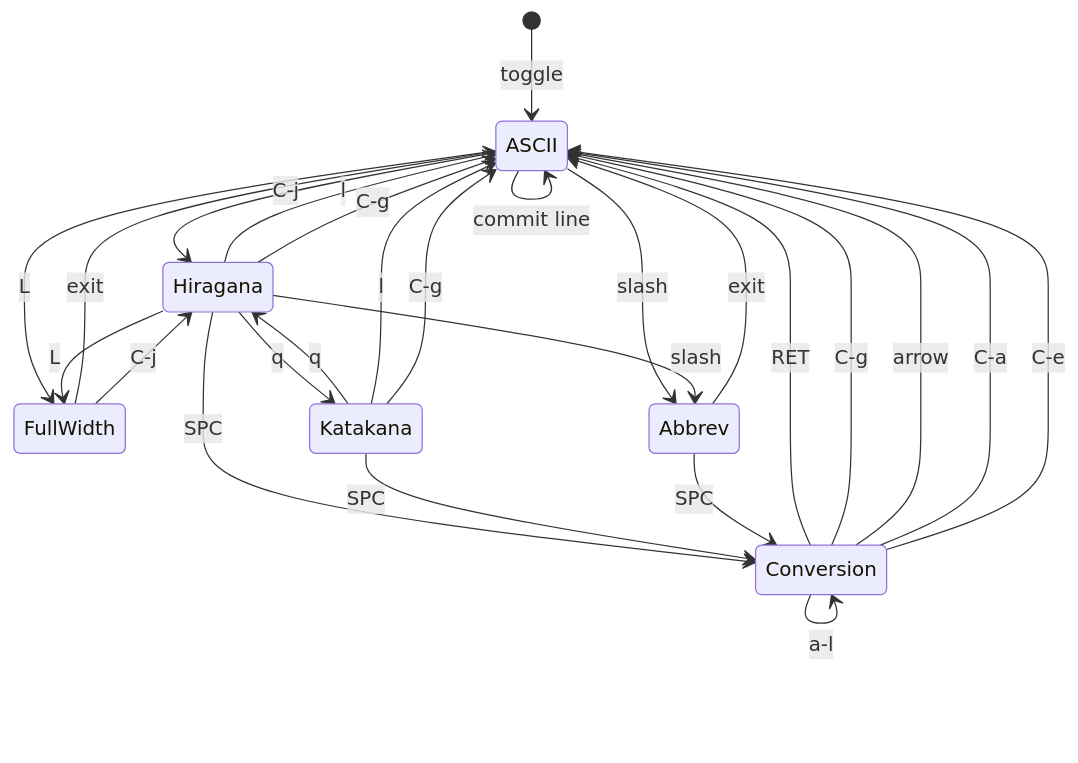
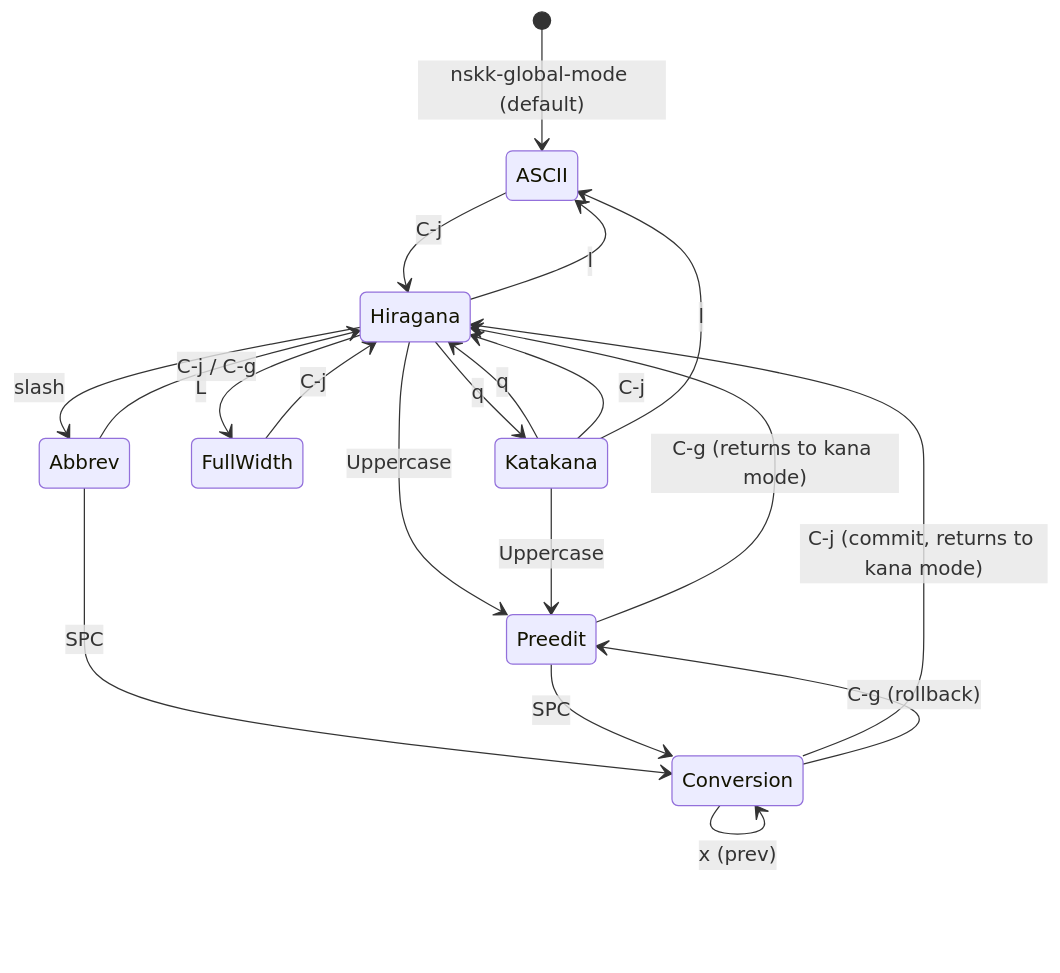
Before and after one commit to takeokunn/nskk.el: the diagram in README.org, drawn with Mermaid. The commit also changed other lines of this file, not shown here.

Commit message:
docs: fix inaccurate claims and misleading instructions in README
- Fix layer count: 6-layer -> 5-layer (L0,L1,L2,L3,L5; no L4)
- Fix module count: 19 -> 20
- Fix variable name: nskk-server-port -> nskk-server-portnum
- Clarify Quick Start: C-j switches to hiragana, C-x C-j toggles mode
- Remove redundant :bind from Recommended Config (nskk-global-mode
  already provides C-x C-j)
- Remove leaf section
- Rewrite mermaid state diagram: add Preedit/Conversion substates,
  Abbrev exits, Katakana C-j, annotate "returns to kana mode"

```diff
--- a/README.org
+++ b/README.org
@@ -129,35 +118,28 @@
 #+begin_src mermaid
 stateDiagram-v2
-    [*] --> ASCII: toggle
-    ASCII --> ASCII: commit line
+    [*] --> ASCII: nskk-global-mode (default)
+
     ASCII --> Hiragana: C-j
-    ASCII --> FullWidth: L
-    ASCII --> Abbrev: slash
-
-    Hiragana --> Conversion: SPC
+    Hiragana --> ASCII: l
     Hiragana --> Katakana: q
-    Hiragana --> ASCII: l
     Hiragana --> FullWidth: L
     Hiragana --> Abbrev: slash
-    Hiragana --> ASCII: C-g
-
-    Conversion --> Conversion: SPC
-    Conversion --> Conversion: x
-    Conversion --> Conversion: a-l
-    Conversion --> ASCII: RET
-    Conversion --> ASCII: C-g
-    Conversion --> ASCII: arrow
-    Conversion --> ASCII: C-a
-    Conversion --> ASCII: C-e
+    Abbrev --> Conversion: SPC
+    Abbrev --> Hiragana: C-j / C-g
 
     Katakana --> Hiragana: q
-    Katakana --> Conversion: SPC
+    Katakana --> Hiragana: C-j
     Katakana --> ASCII: l
-    Katakana --> ASCII: C-g
 
-    FullWidth --> ASCII: exit
     FullWidth --> Hiragana: C-j
 
-    Abbrev --> ASCII: exit
-    Abbrev --> Conversion: SPC
+    Hiragana --> Preedit: Uppercase
+    Katakana --> Preedit: Uppercase
+    Preedit --> Conversion: SPC
+    Preedit --> Hiragana: C-g (returns to kana mode)
+
+    Conversion --> Hiragana: C-j (commit, returns to kana mode)
+    Conversion --> Conversion: SPC (next)
+    Conversion --> Conversion: x (prev)
+    Conversion --> Preedit: C-g (rollback)
 #+end_src
```
